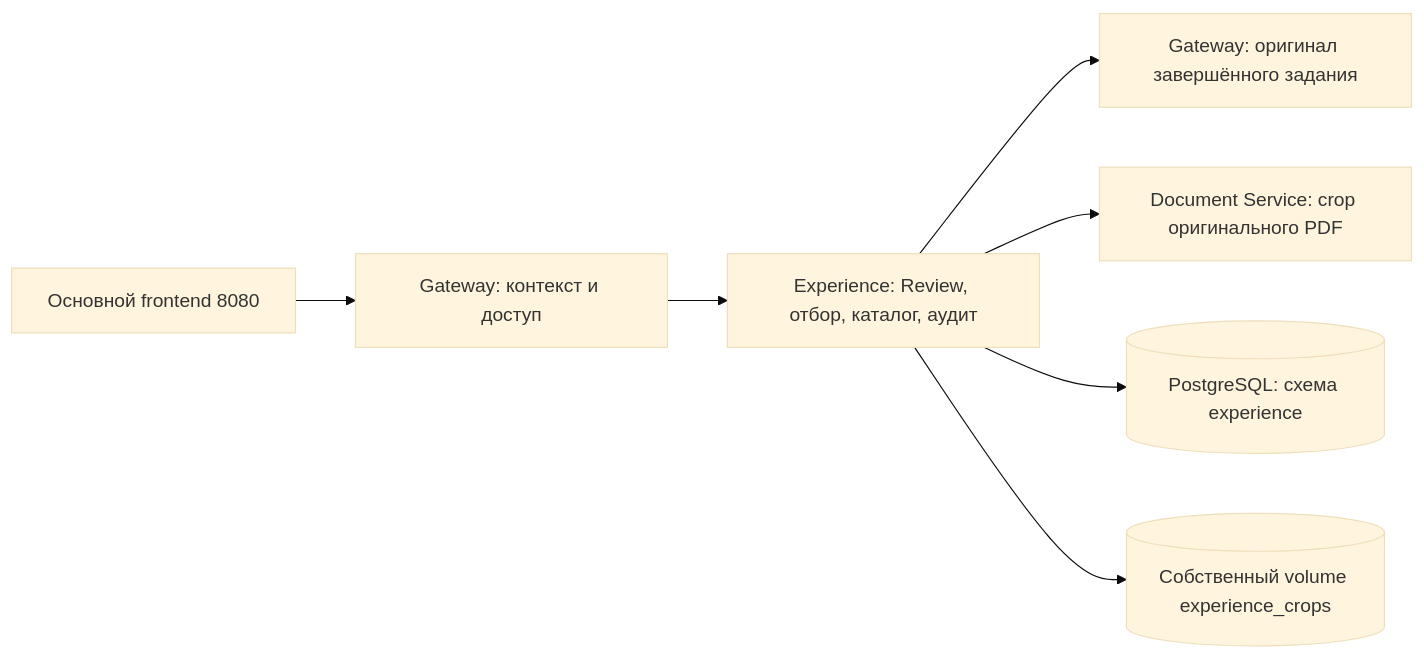
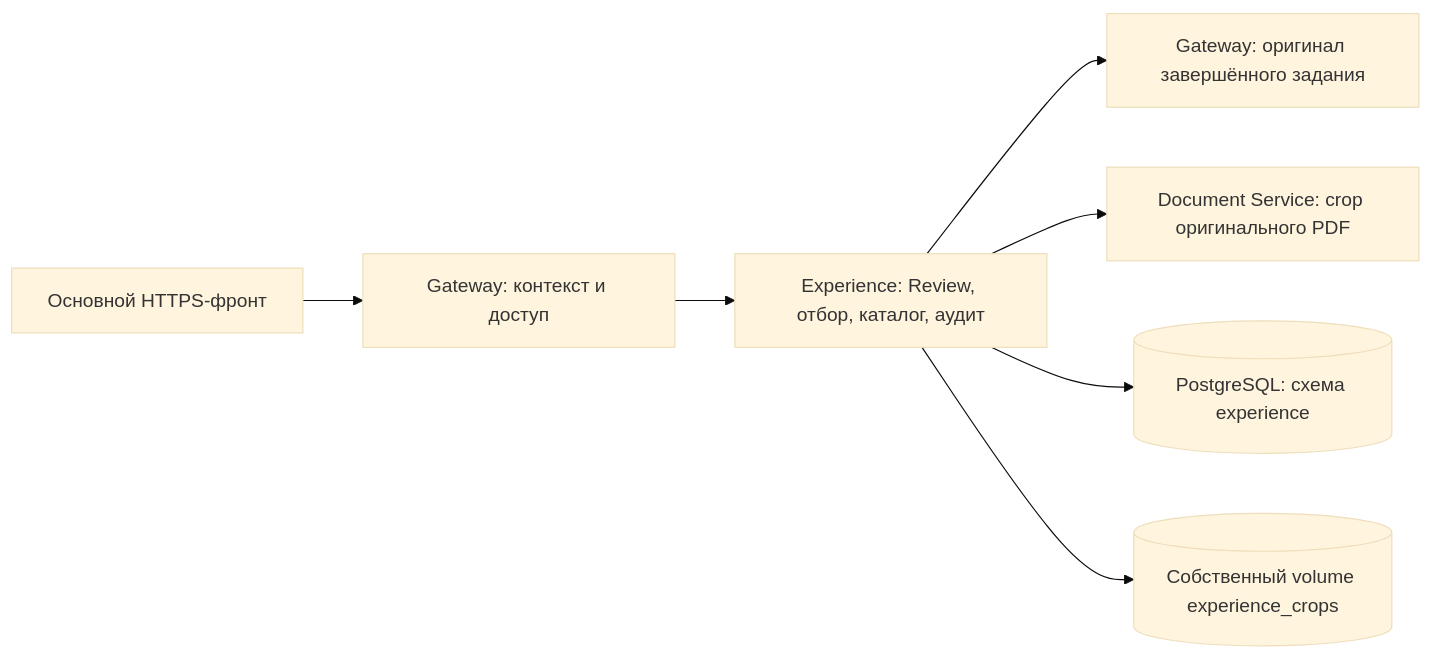
Before and after one commit to Amadu-A/PDRD-validation: the diagram in docs/experience-catalog.md, drawn with Mermaid (base theme). The commit also changed other lines of this file and 72 other files, not shown here.

````diff
--- a/docs/experience-catalog.md
+++ b/docs/experience-catalog.md
@@ -19,9 +19,9 @@
 ```mermaid
 flowchart LR
-    UI["Основной frontend 8080"] --> GW["Gateway: контекст и доступ"]
+    UI["Основной HTTPS-фронт"] --> GW["Gateway: контекст и доступ"]
     GW --> EX["Experience: Review, отбор, каталог, аудит"]
     EX --> SRC["Gateway: оригинал завершённого задания"]
     EX --> DS["Document Service: crop оригинального PDF"]
     EX --> DB[("PostgreSQL: схема experience")]
     EX --> PNG[("Собственный volume experience_crops")]
 ```
````
